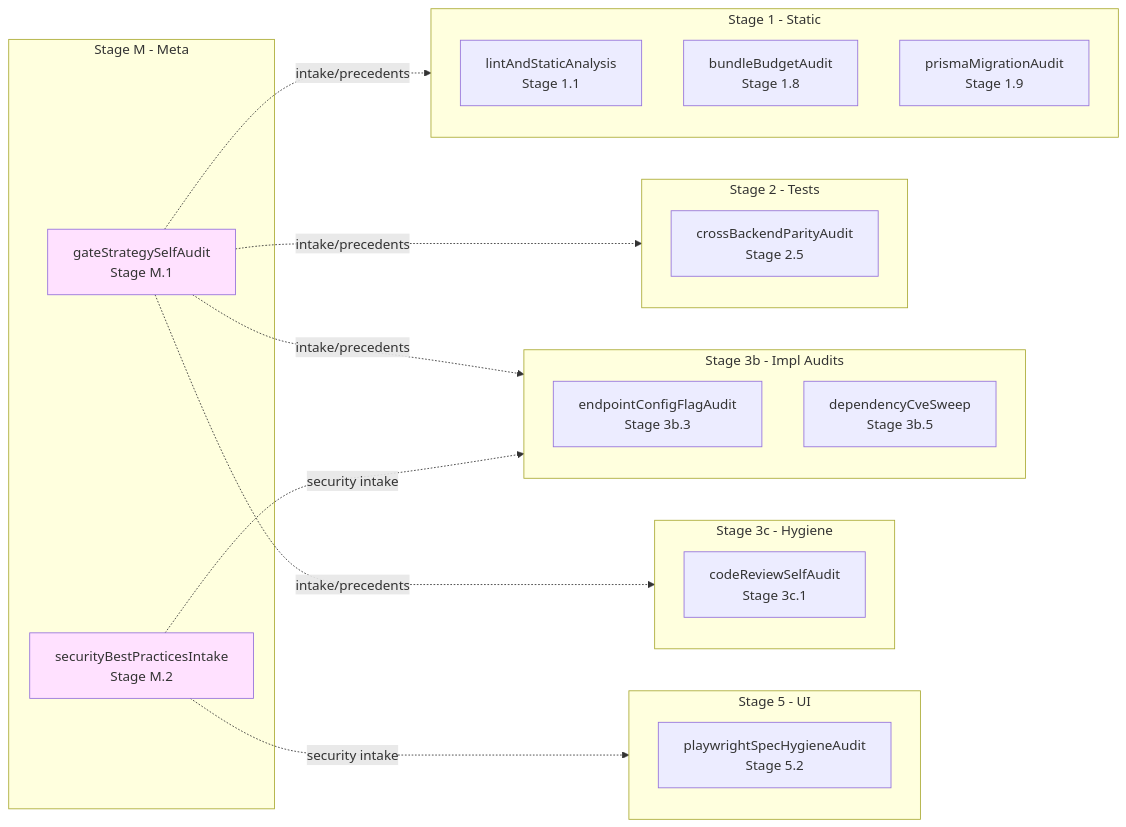
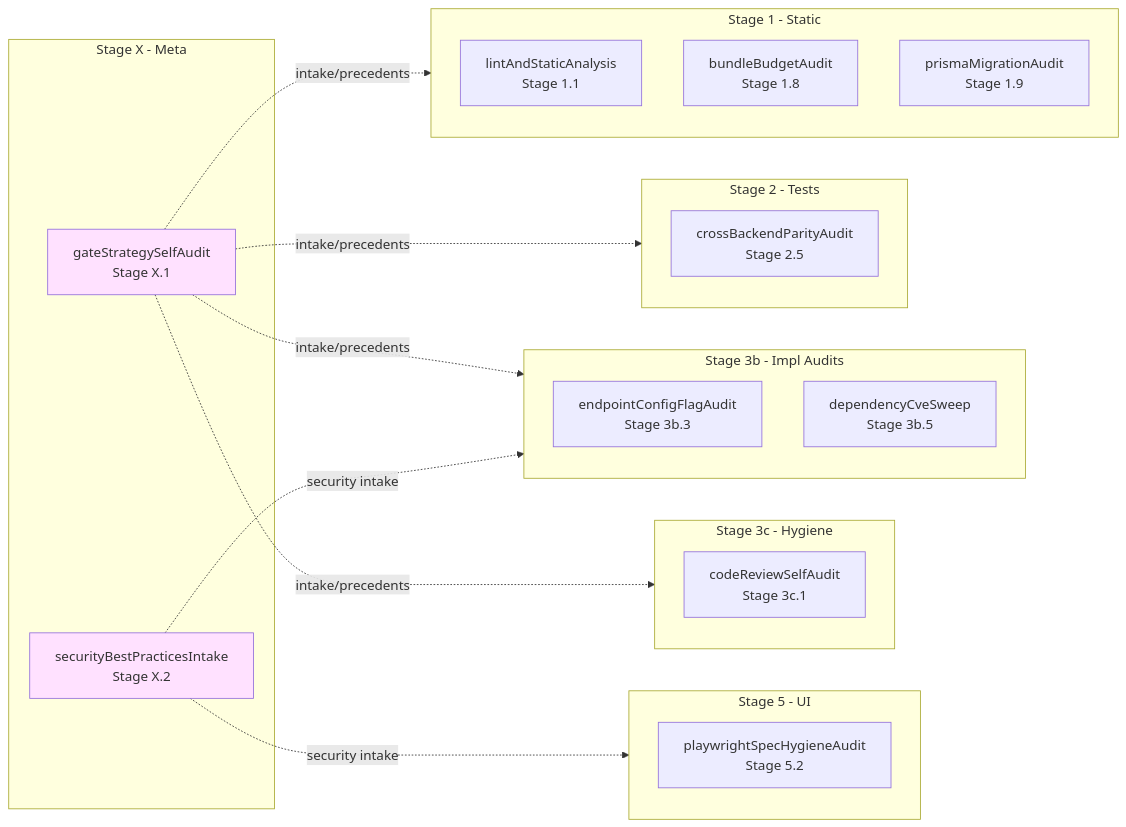
The second of 5 diagrams in docs/MANDATORY_QUALITY_GATES_STRATEGY.md (pranems/SCIMServer), drawn with Mermaid before and after one commit. The commit also changed other lines of this file and 4 other files, not shown here.

````diff
--- a/docs/MANDATORY_QUALITY_GATES_STRATEGY.md
+++ b/docs/MANDATORY_QUALITY_GATES_STRATEGY.md
@@ -155,35 +155,35 @@
 ```mermaid
 graph LR
     subgraph S1["Stage 1 - Static"]
         P1[lintAndStaticAnalysis<br/>Stage 1.1]
         P2[bundleBudgetAudit<br/>Stage 1.8]
         P3[prismaMigrationAudit<br/>Stage 1.9]
     end
     subgraph S2["Stage 2 - Tests"]
         P4[crossBackendParityAudit<br/>Stage 2.5]
     end
     subgraph S3b["Stage 3b - Impl Audits"]
         P5[endpointConfigFlagAudit<br/>Stage 3b.3]
         P6[dependencyCveSweep<br/>Stage 3b.5]
     end
     subgraph S3c["Stage 3c - Hygiene"]
         P7[codeReviewSelfAudit<br/>Stage 3c.1]
     end
     subgraph S5["Stage 5 - UI"]
         P8[playwrightSpecHygieneAudit<br/>Stage 5.2]
     end
-    subgraph SM["Stage M - Meta"]
-        P9[gateStrategySelfAudit<br/>Stage M.1]
-        P10[securityBestPracticesIntake<br/>Stage M.2]
+    subgraph SM["Stage X - Meta"]
+        P9[gateStrategySelfAudit<br/>Stage X.1]
+        P10[securityBestPracticesIntake<br/>Stage X.2]
     end
 
     P9 -.intake/precedents.-> S1
     P9 -.intake/precedents.-> S2
     P9 -.intake/precedents.-> S3b
     P9 -.intake/precedents.-> S3c
     P10 -.security intake.-> S3b
     P10 -.security intake.-> S5
 
     style P9 fill:#ffe1ff
     style P10 fill:#ffe1ff
 ```
````
